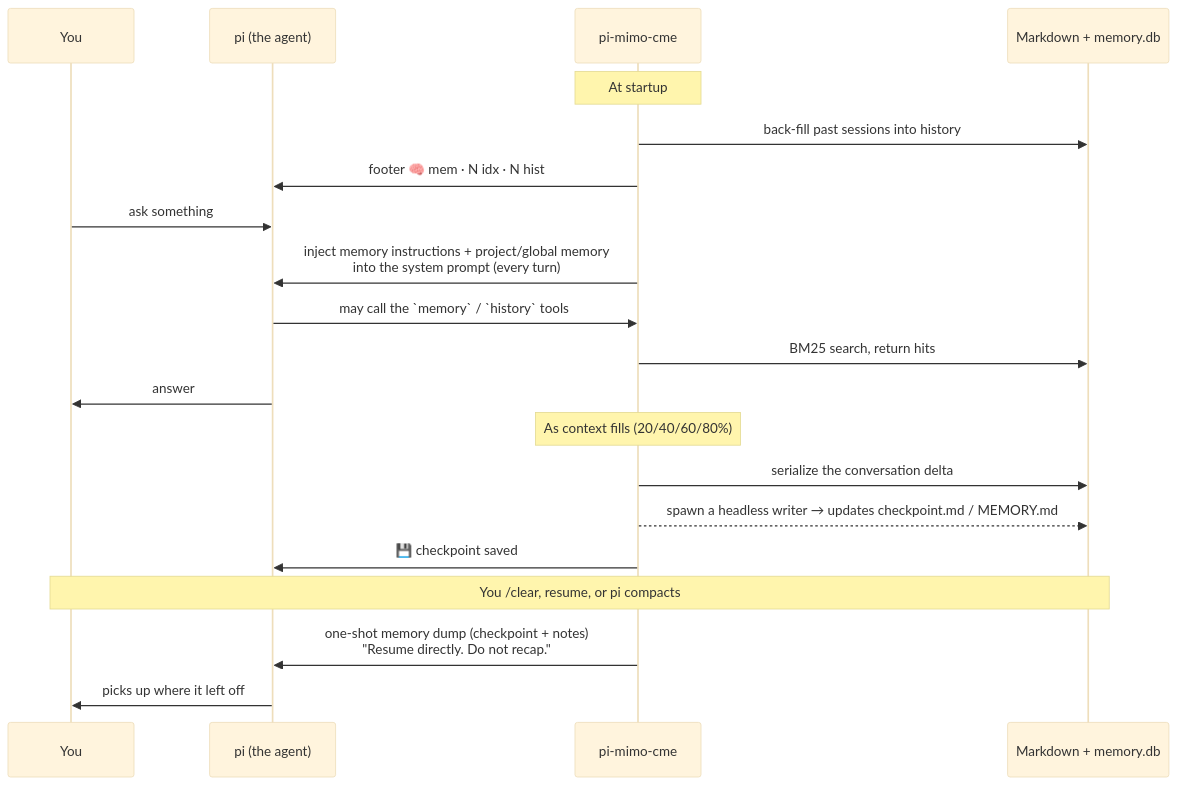
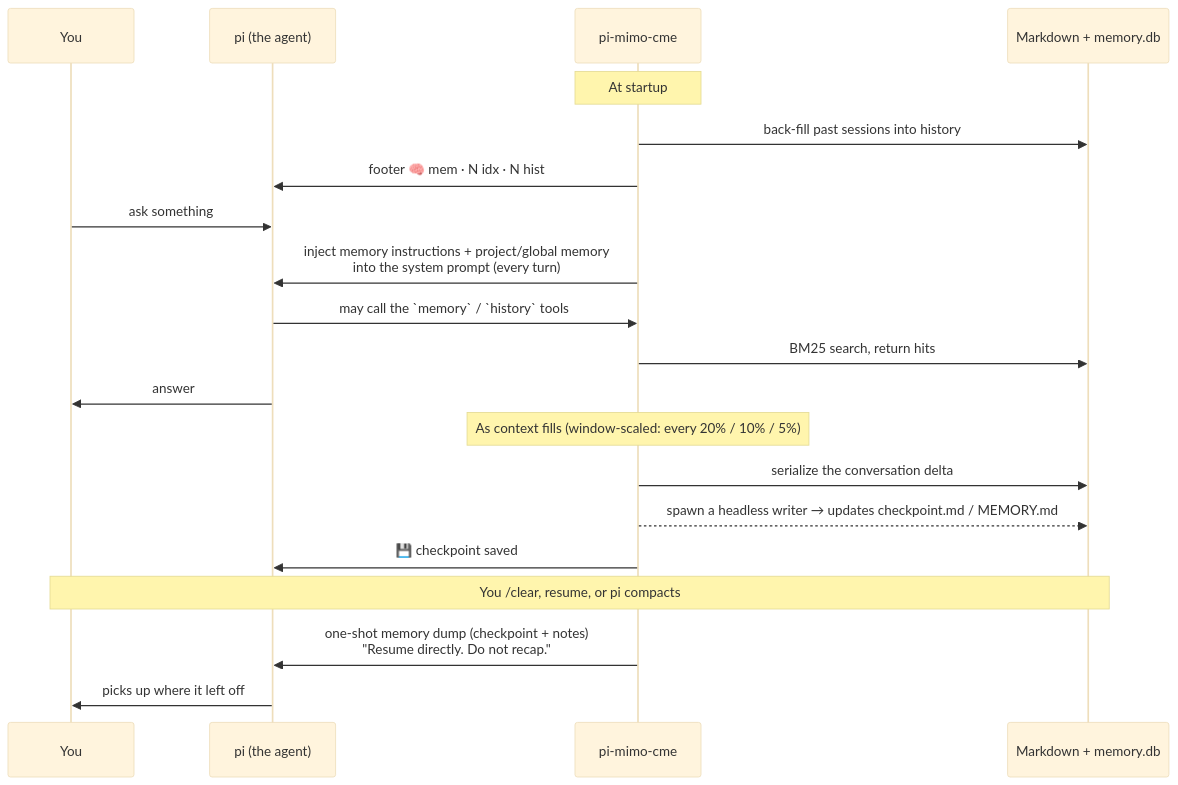
One commit to underactive/pi-mimo-cme changed the second of 2 diagrams in docs/ONBOARDING-USERS.md. Above: the diagram before and after it, drawn with Mermaid (base theme). The commit also changed other lines of this file and 7 other files, not shown here.

First line of the commit message:
feat(checkpoint): window-scaled threshold density (match MiMoCode)

````diff
--- a/docs/ONBOARDING-USERS.md
+++ b/docs/ONBOARDING-USERS.md
@@ -130,26 +130,26 @@
 ```mermaid
 sequenceDiagram
     participant You
     participant pi as pi (the agent)
     participant Ext as pi-mimo-cme
     participant Disk as Markdown + memory.db
 
     Note over Ext: At startup
     Ext->>Disk: back-fill past sessions into history
     Ext->>pi: footer 🧠 mem · N idx · N hist
 
     You->>pi: ask something
     Ext->>pi: inject memory instructions + project/global memory<br/>into the system prompt (every turn)
     pi->>Ext: may call the `memory` / `history` tools
     Ext->>Disk: BM25 search, return hits
     pi->>You: answer
 
-    Note over Ext: As context fills (20/40/60/80%)
+    Note over Ext: As context fills (window-scaled: every 20% / 10% / 5%)
     Ext->>Disk: serialize the conversation delta
     Ext-->>Disk: spawn a headless writer → updates checkpoint.md / MEMORY.md
     Ext->>pi: 💾 checkpoint saved
 
     Note over You,Disk: You /clear, resume, or pi compacts
     Ext->>pi: one-shot memory dump (checkpoint + notes)<br/>"Resume directly. Do not recap."
     pi->>You: picks up where it left off
 ```
````
